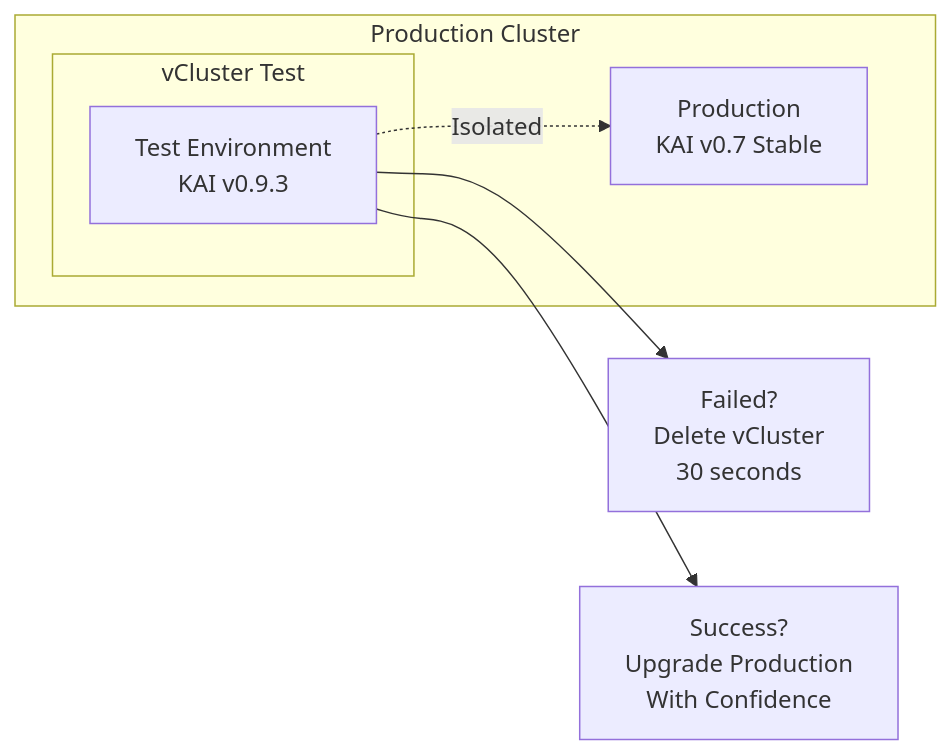
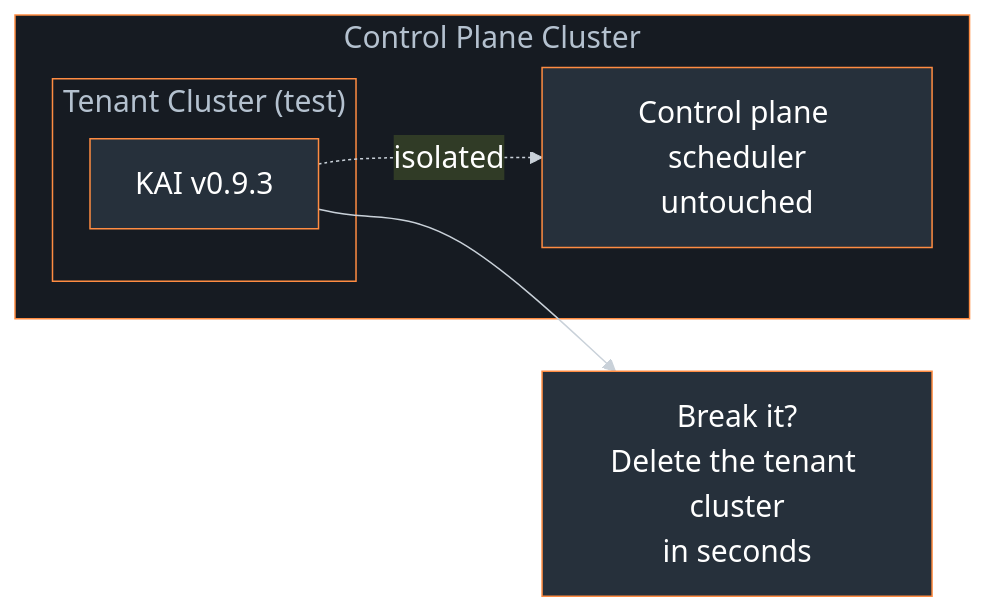
One commit to Piotr1215/youtube changed the third of 6 diagrams in kai-scheduler/presentation.md. Above: the diagram before and after it, drawn with Mermaid. The commit also changed other lines of this file and 17 other files, not shown here.

First line of the commit message:
docs(kai-scheduler): reframe demo slides around value and outputs

````diff
--- a/kai-scheduler/presentation.md
+++ b/kai-scheduler/presentation.md
@@ -226,18 +155,13 @@
 ```mermaid +render
+%%{init: {'theme':'base','themeVariables':{'primaryColor':'#26303b','primaryBorderColor':'#ff8c42','primaryTextColor':'#ffffff','lineColor':'#c9d1d9','textColor':'#ffffff','clusterBkg':'#161b22','clusterBorder':'#ff8c42','fontSize':'20px'}}}%%
 graph LR
-    subgraph "Production Cluster"
-        subgraph "vCluster Test"
-            TEST["Test Environment<br/>KAI v0.9.3"]
+    subgraph CP["Control Plane Cluster"]
+        subgraph TEN["Tenant Cluster (test)"]
+            TEST["KAI v0.9.3"]
         end
-
-        PROD["Production<br/>KAI v0.7 Stable"]
-
-        TEST -.->|"Isolated"| PROD
+        PROD["Control plane scheduler<br/>untouched"]
+        TEST -.->|"isolated"| PROD
     end
-
-    ROLLBACK["Failed?<br/>Delete vCluster<br/>30 seconds"]
-    SUCCESS["Success?<br/>Upgrade Production<br/>With Confidence"]
-
+    ROLLBACK["Break it?<br/>Delete the tenant cluster<br/>in seconds"]
     TEST --> ROLLBACK
-    TEST --> SUCCESS
 ```
````
